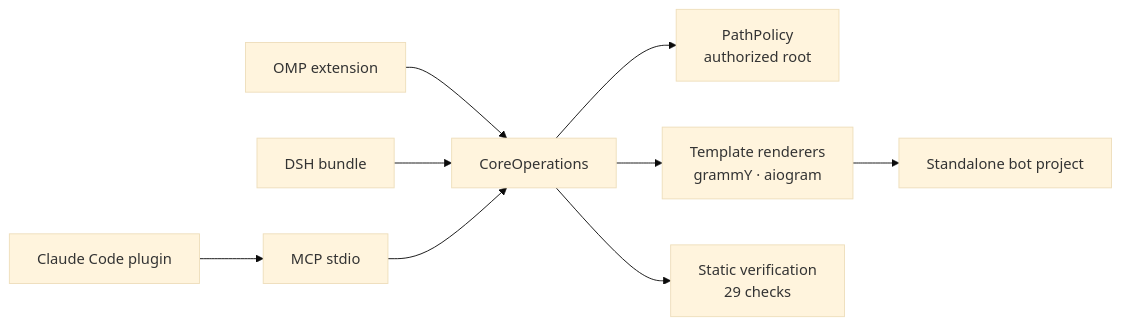
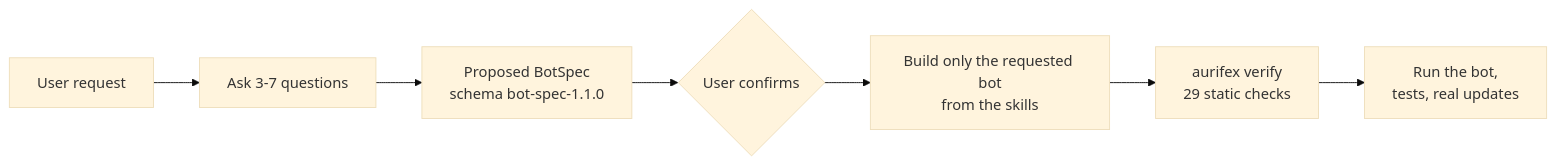
The diagram in README.md (lukavtz/aurifex), drawn with Mermaid (base theme) before and after one commit. The commit also changed other lines of this file and 331 other files, not shown here.

First line of the commit message:
feat!: Aurifex 0.3 — knowledge skills and static verification instead of a generator (#7)

````diff
--- a/README.md
+++ b/README.md
@@ -97,11 +93,9 @@
 ```mermaid
 flowchart LR
-  OMP[OMP extension] --> CORE[CoreOperations]
-  DSH[DSH bundle] --> CORE
-  MCP[MCP stdio] --> CORE
-  CC[Claude Code plugin] --> MCP
-  CORE --> POLICY[PathPolicy<br/>authorized root]
-  CORE --> TPL[Template renderers<br/>grammY · aiogram]
-  CORE --> CHECK[Static verification<br/>29 checks]
-  TPL --> BOT[Standalone bot project]
+  REQ[User request] --> ASK[Ask 3-7 questions]
+  ASK --> SPEC[Proposed BotSpec<br/>schema bot-spec-1.1.0]
+  SPEC --> OK{User confirms}
+  OK --> BUILD[Build only the requested bot<br/>from the skills]
+  BUILD --> VERIFY[aurifex verify<br/>29 static checks]
+  VERIFY --> PROOF[Run the bot,<br/>tests, real updates]
 ```
````
